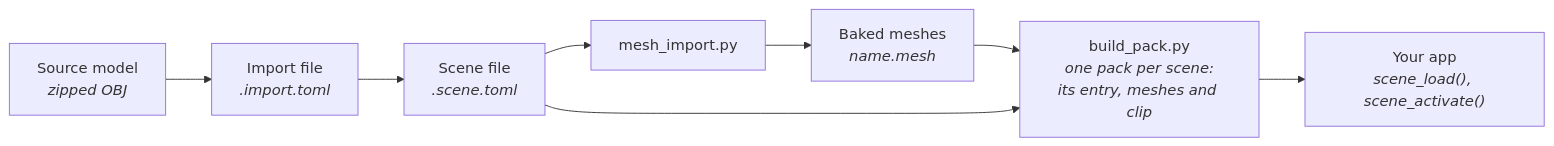
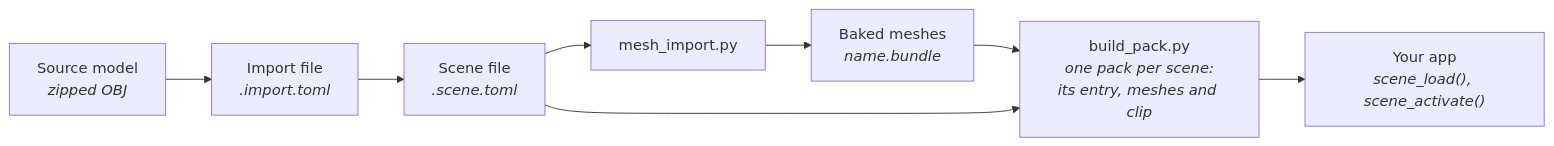
The diagram in docs/render/Building-a-Scene.md (jose-villegas/autana), drawn with Mermaid before and after one commit. The commit also changed other lines of this file and 70 other files, not shown here.

````diff
--- a/docs/render/Building-a-Scene.md
+++ b/docs/render/Building-a-Scene.md
@@ -8,10 +8,10 @@
 ```mermaid
 flowchart LR
     Model["Source model<br/><i>zipped OBJ</i>"] --> Import["Import file<br/><i>.import.toml</i>"]
     Import --> Scene["Scene file<br/><i>.scene.toml</i>"]
     Scene --> Bake["mesh_import.py"]
-    Bake --> Meshes["Baked meshes<br/><i>name.mesh</i>"]
+    Bake --> Meshes["Baked meshes<br/><i>name.bundle</i>"]
     Meshes --> Pack["build_pack.py<br/><i>one pack per scene:<br/>its entry, meshes and clip</i>"]
     Scene --> Pack
     Pack --> Draw["Your app<br/><i>scene_load(), scene_activate()</i>"]
 ```
````
